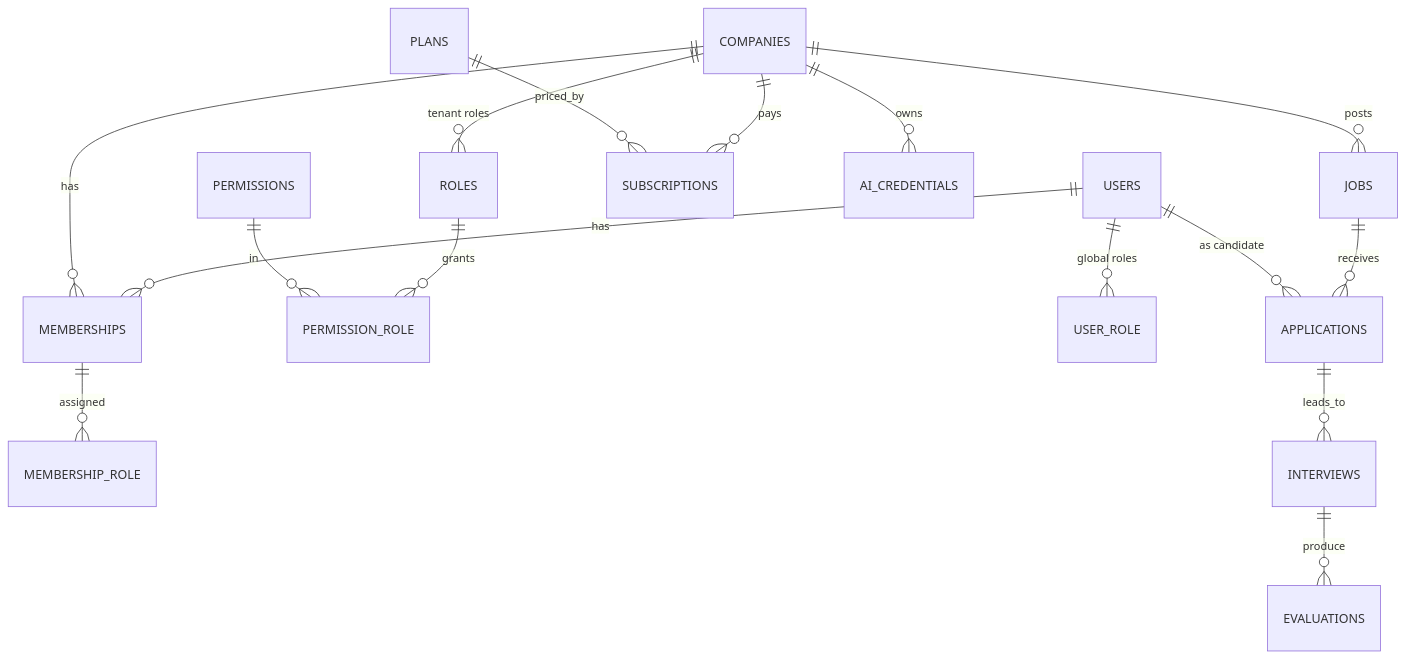
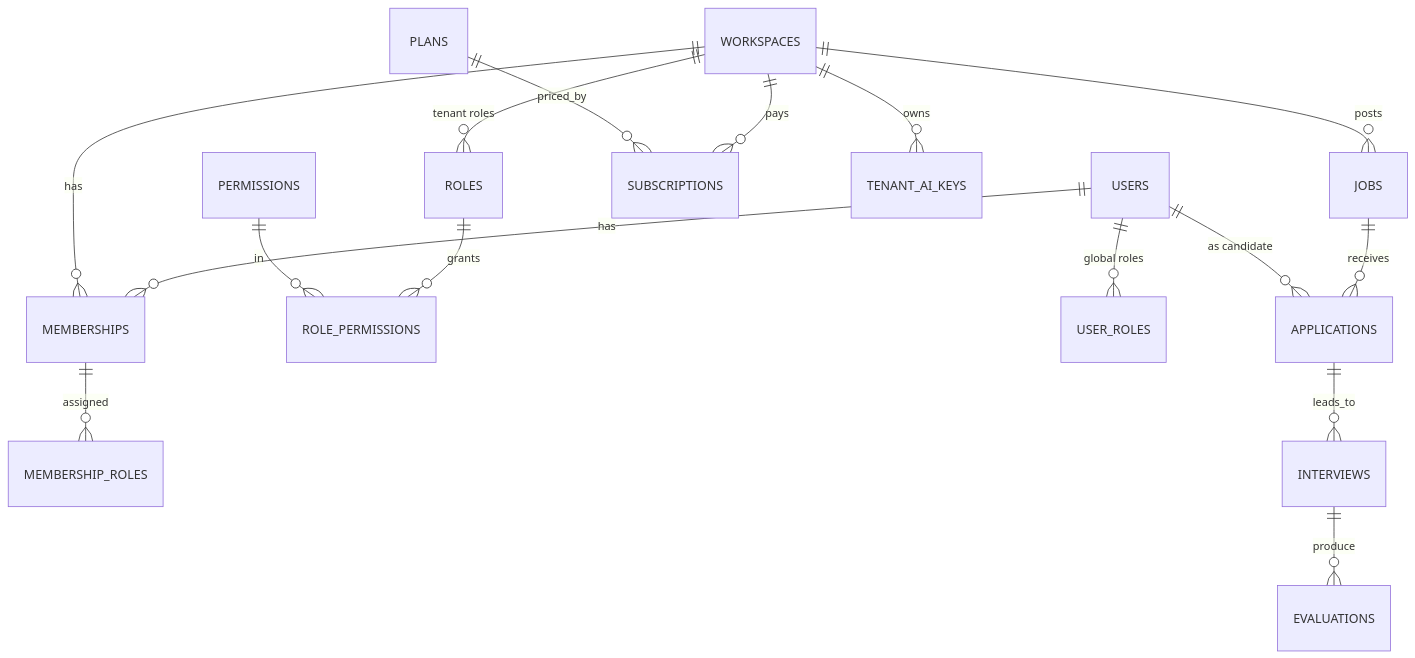
The third of 3 diagrams in docs/00-README.md (ammarnabileg/crm), drawn with Mermaid before and after one commit. The commit also changed other lines of this file and 15 other files, not shown here.

First line of the commit message:
fix(audit): whole-project audit fixes — security, schema-drift, UI, docs

````diff
--- a/docs/00-README.md
+++ b/docs/00-README.md
@@ -165,18 +168,18 @@
 ```mermaid
 erDiagram
     USERS ||--o{ MEMBERSHIPS : has
-    COMPANIES ||--o{ MEMBERSHIPS : has
-    COMPANIES ||--o{ ROLES : "tenant roles"
-    ROLES ||--o{ PERMISSION_ROLE : grants
-    PERMISSIONS ||--o{ PERMISSION_ROLE : in
-    MEMBERSHIPS ||--o{ MEMBERSHIP_ROLE : assigned
-    USERS ||--o{ USER_ROLE : "global roles"
-    COMPANIES ||--o{ SUBSCRIPTIONS : pays
+    WORKSPACES ||--o{ MEMBERSHIPS : has
+    WORKSPACES ||--o{ ROLES : "tenant roles"
+    ROLES ||--o{ ROLE_PERMISSIONS : grants
+    PERMISSIONS ||--o{ ROLE_PERMISSIONS : in
+    MEMBERSHIPS ||--o{ MEMBERSHIP_ROLES : assigned
+    USERS ||--o{ USER_ROLES : "global roles"
+    WORKSPACES ||--o{ SUBSCRIPTIONS : pays
     PLANS ||--o{ SUBSCRIPTIONS : priced_by
-    COMPANIES ||--o{ AI_CREDENTIALS : owns
-    COMPANIES ||--o{ JOBS : posts
+    WORKSPACES ||--o{ TENANT_AI_KEYS : owns
+    WORKSPACES ||--o{ JOBS : posts
     JOBS ||--o{ APPLICATIONS : receives
     USERS ||--o{ APPLICATIONS : "as candidate"
     APPLICATIONS ||--o{ INTERVIEWS : leads_to
     INTERVIEWS ||--o{ EVALUATIONS : produce
 ```
````
